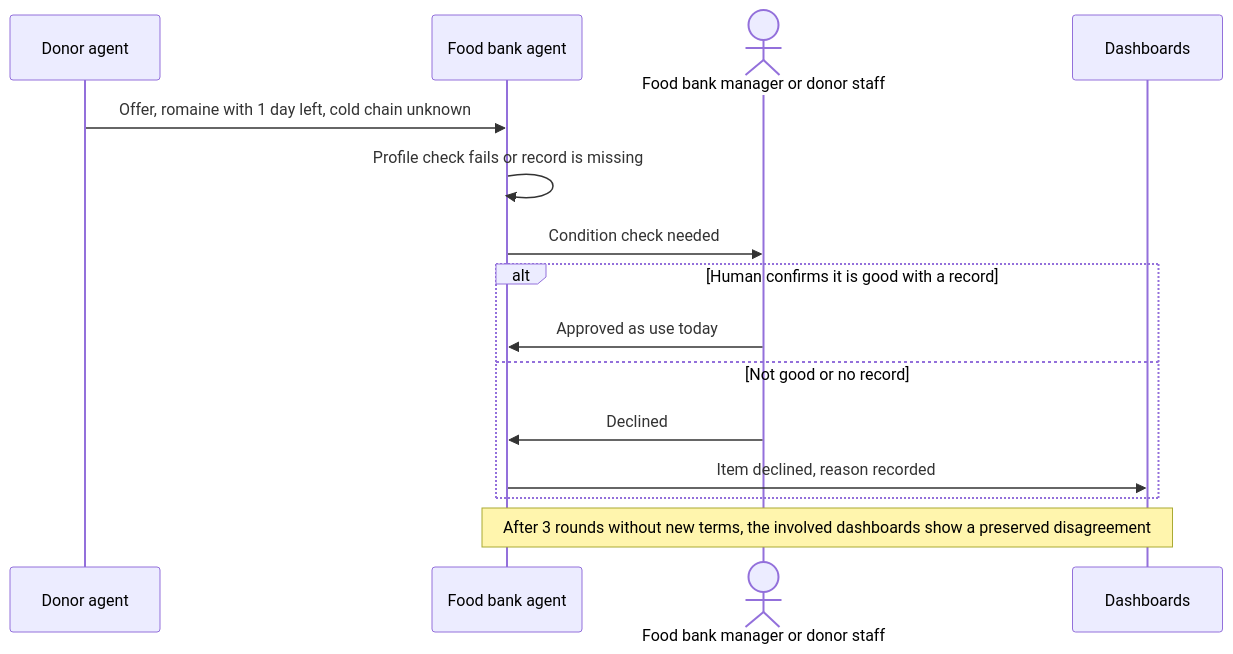
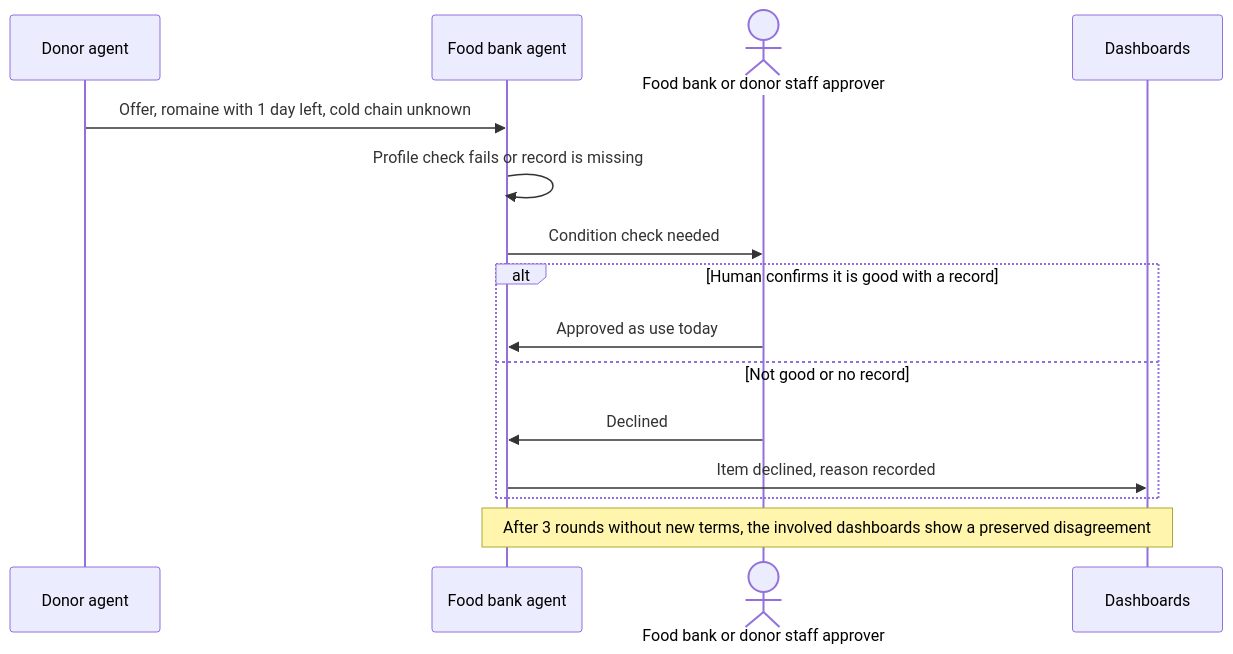
One commit to mubinmodi/UCSC_HACK_HARVESTNET changed the eighth of 8 diagrams in docs/MVP_DESIGN.md. Above: the diagram before and after it, drawn with Mermaid. The commit also changed other lines of this file, not shown here.

First line of the commit message:
MVP design: staff approver replaces manager for an organization's human

````diff
--- a/docs/MVP_DESIGN.md
+++ b/docs/MVP_DESIGN.md
@@ -418,17 +418,17 @@
 ```mermaid
 sequenceDiagram
     participant Donor as Donor agent
     participant Bank as Food bank agent
-    actor Human as Food bank manager or donor staff
+    actor Human as Food bank or donor staff approver
     participant Dash as Dashboards
     Donor->>Bank: Offer, romaine with 1 day left, cold chain unknown
     Bank->>Bank: Profile check fails or record is missing
     Bank->>Human: Condition check needed
     alt Human confirms it is good with a record
         Human->>Bank: Approved as use today
     else Not good or no record
         Human->>Bank: Declined
         Bank->>Dash: Item declined, reason recorded
     end
     Note over Bank,Dash: After 3 rounds without new terms, the involved dashboards show a preserved disagreement
 ```
````
